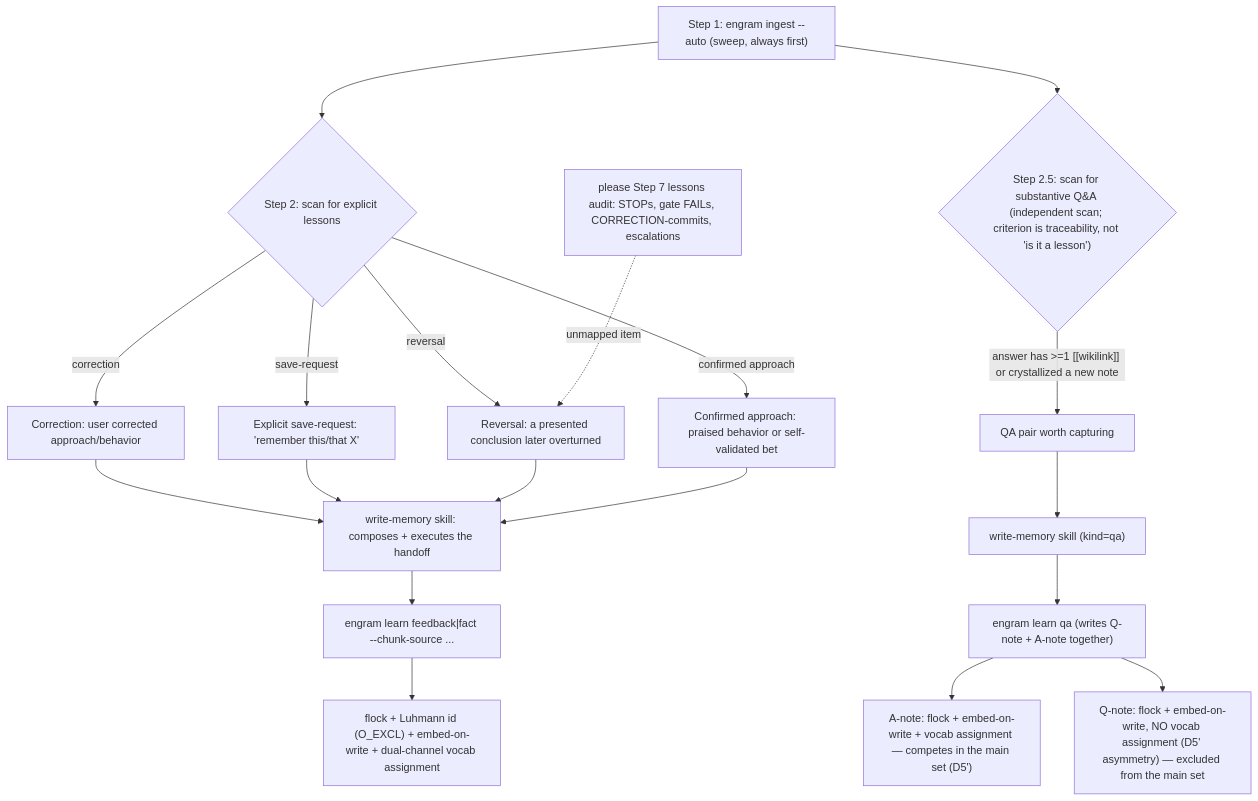
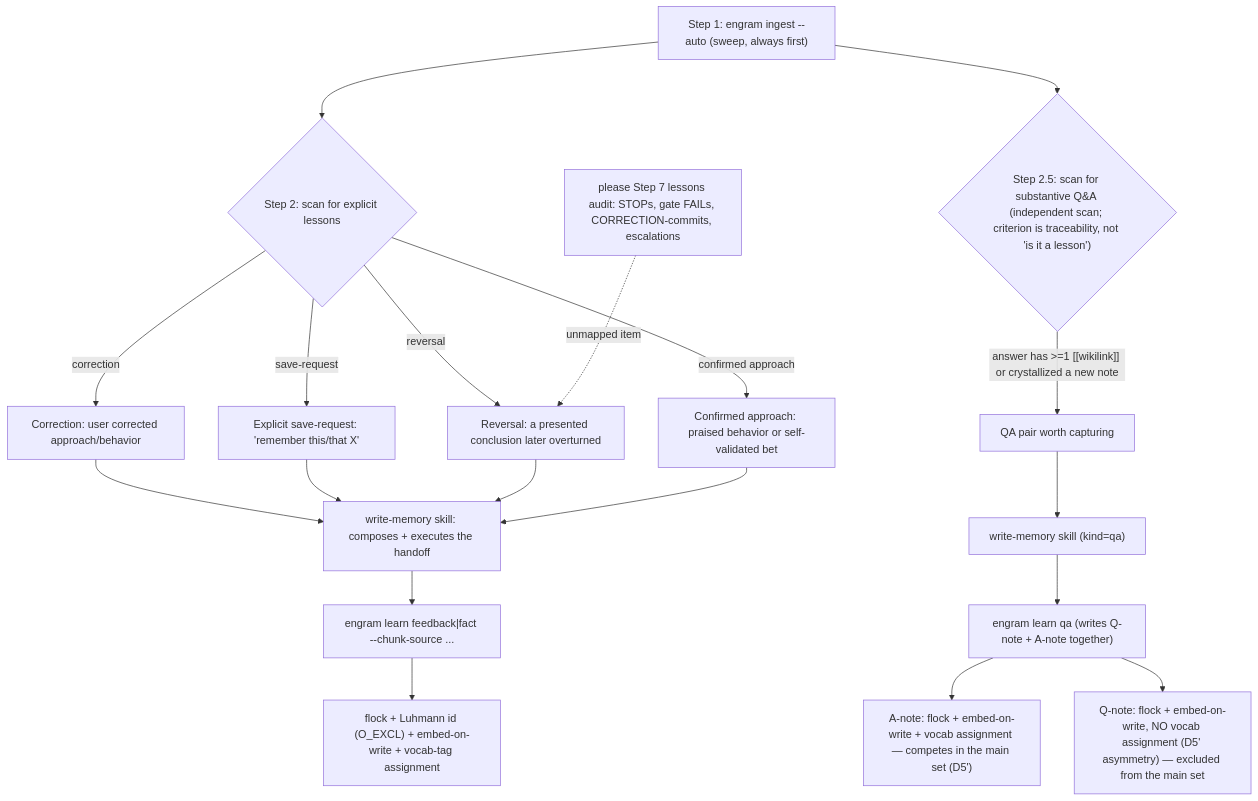
The sixth of 8 diagrams in docs/architecture/c2-containers.md (toejough/engram), drawn with Mermaid before and after one commit. The commit also changed other lines of this file and 7 other files, not shown here.

````diff
--- a/docs/architecture/c2-containers.md
+++ b/docs/architecture/c2-containers.md
@@ -202,24 +202,24 @@
 ```mermaid
 flowchart TD
     S["Step 1: engram ingest --auto (sweep, always first)"] --> S2{"Step 2: scan for explicit lessons"}
     S --> S25{"Step 2.5: scan for substantive Q&A (independent scan; criterion is traceability, not 'is it a lesson')"}
     S2 -->|correction| CORR["Correction: user corrected approach/behavior"]
     S2 -->|save-request| SAVE["Explicit save-request: 'remember this/that X'"]
     S2 -->|reversal| REV["Reversal: a presented conclusion later overturned"]
     S2 -->|confirmed approach| CONF["Confirmed approach: praised behavior or self-validated bet"]
     S25 -->|"answer has >=1 [[wikilink]] or crystallized a new note"| QAK["QA pair worth capturing"]
     P7["please Step 7 lessons audit: STOPs, gate FAILs, CORRECTION-commits, escalations"] -.->|"unmapped item"| REV
 
     CORR --> WM["write-memory skill: composes + executes the handoff"]
     SAVE --> WM
     REV --> WM
     CONF --> WM
     QAK --> WMQ["write-memory skill (kind=qa)"]
 
     WM --> L["engram learn feedback|fact --chunk-source ..."]
     WMQ --> LQ["engram learn qa (writes Q-note + A-note together)"]
 
-    L --> CV["flock + Luhmann id (O_EXCL) + embed-on-write + dual-channel vocab assignment"]
+    L --> CV["flock + Luhmann id (O_EXCL) + embed-on-write + vocab-tag assignment"]
     LQ --> CA["A-note: flock + embed-on-write + vocab assignment — competes in the main set (D5')"]
     LQ --> CQ["Q-note: flock + embed-on-write, NO vocab assignment (D5' asymmetry) — excluded from the main set"]
 ```
````
